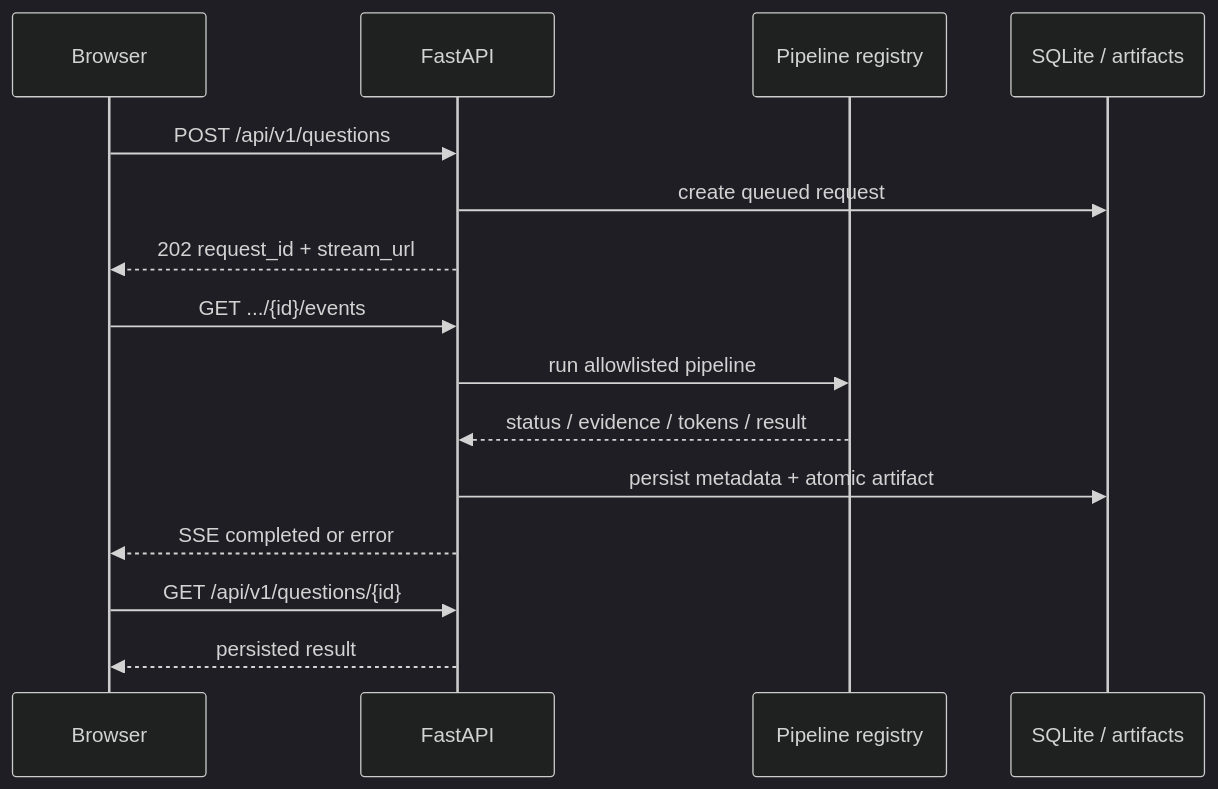
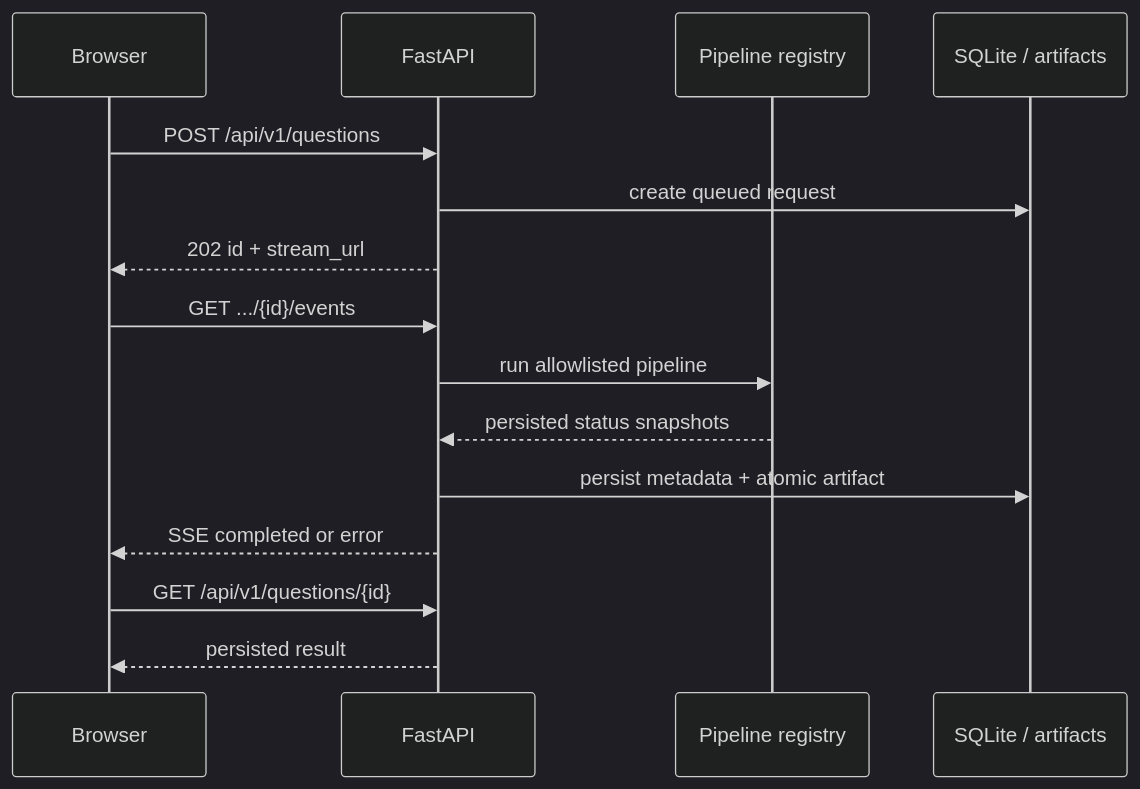
The second of 2 diagrams in docs/ARCHITECTURE.md (hungle123-dev/MedicalRag), drawn with Mermaid (dark theme) before and after one commit. The commit also changed other lines of this file and 35 other files, not shown here.

````diff
--- a/docs/ARCHITECTURE.md
+++ b/docs/ARCHITECTURE.md
@@ -33,18 +33,18 @@
 ```mermaid
 sequenceDiagram
   participant B as Browser
   participant A as FastAPI
   participant P as Pipeline registry
   participant S as SQLite / artifacts
 
   B->>A: POST /api/v1/questions
   A->>S: create queued request
-  A-->>B: 202 request_id + stream_url
+  A-->>B: 202 id + stream_url
   B->>A: GET .../{id}/events
   A->>P: run allowlisted pipeline
-  P-->>A: status / evidence / tokens / result
+  P-->>A: persisted status snapshots
   A->>S: persist metadata + atomic artifact
   A-->>B: SSE completed or error
   B->>A: GET /api/v1/questions/{id}
   A-->>B: persisted result
 ```
````
